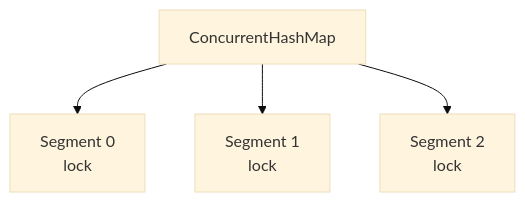
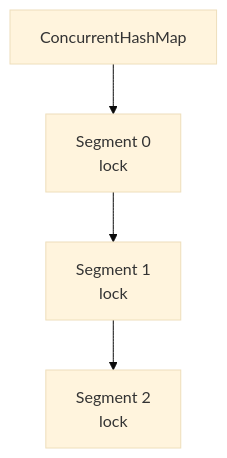
The fourth of 26 diagrams in source/_posts/concurrency/22-ConcurrentHashMap 为什么能支持高并发访问.md (rebibabo/rebibabo.github.io), drawn with Mermaid (base theme) before and after one commit. The commit also changed other lines of this file and 3 other files, not shown here.

````diff
--- a/source/_posts/concurrency/22-ConcurrentHashMap 为什么能支持高并发访问.md
+++ b/source/_posts/concurrency/22-ConcurrentHashMap 为什么能支持高并发访问.md
@@ -63,7 +63,7 @@
 ```mermaid
 graph TD
     chm["ConcurrentHashMap"]
     chm --> seg0["Segment 0<br>lock"]
-    chm --> seg1["Segment 1<br>lock"]
-    chm --> seg2["Segment 2<br>lock"]
+    seg0 --> seg1["Segment 1<br>lock"]
+    seg1 --> seg2["Segment 2<br>lock"]
 ```
````
